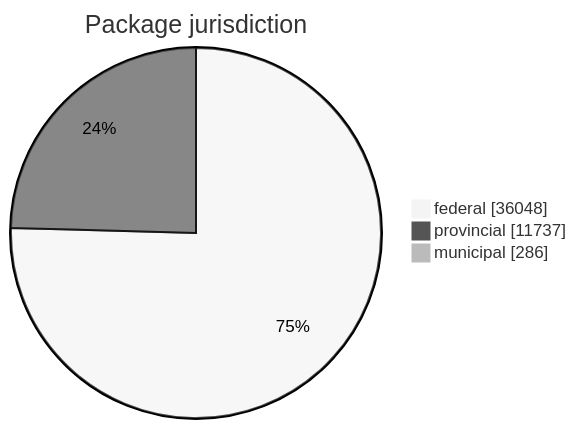
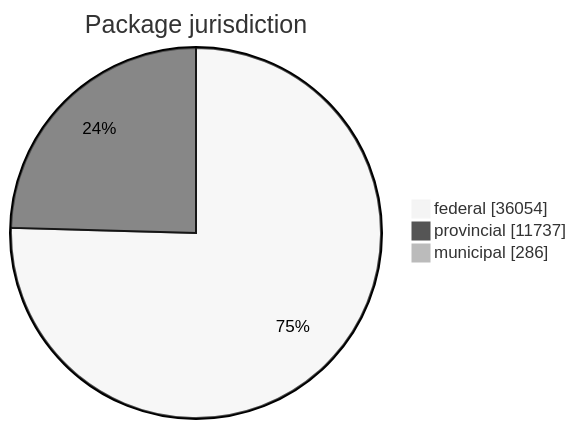
Before and after one commit to open-data/analytics-corporate-reporting: the first of 5 diagrams in FreshCheck/README.md, drawn with Mermaid (neutral theme). The commit also changed other lines of this file and 3 other files, not shown here.

````diff
--- a/FreshCheck/README.md
+++ b/FreshCheck/README.md
@@ -60,6 +60,6 @@
 ```mermaid
 pie showData title Package jurisdiction
-    "federal": 36048
+    "federal": 36054
     "provincial": 11737
     "municipal": 286
 ```
````
